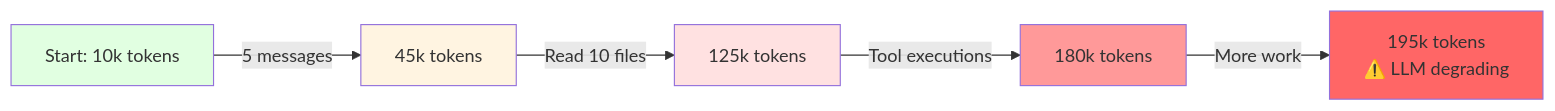
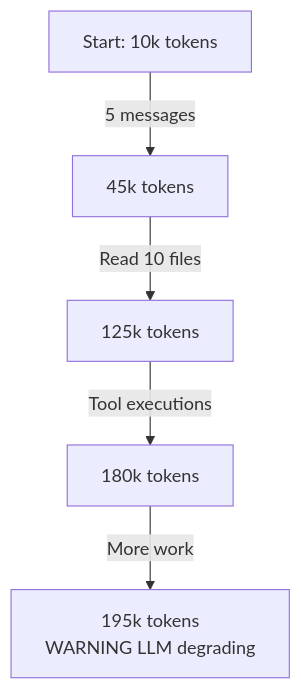
The third of 3 diagrams in docs/02_context.md (uz0/llm), drawn with Mermaid before and after one commit. The commit also changed other lines of this file and 41 other files, not shown here.

Commit message:
Comprehensive Fixes: Dark Theme, Mermaid Support & Analytics (#1, #8, #9) (#10)

````diff
--- a/docs/02_context.md
+++ b/docs/02_context.md
@@ -276,13 +282,7 @@
 ```mermaid
-graph LR
+graph TD
     A["Start: 10k tokens"] -->|5 messages| B["45k tokens"]
     B -->|Read 10 files| C["125k tokens"]
     C -->|Tool executions| D["180k tokens"]
-    D -->|More work| E["195k tokens<br/>⚠️ LLM degrading"]
-
-    style A fill:#e1ffe1
-    style B fill:#fff4e1
-    style C fill:#ffe1e1
-    style D fill:#ff9999
-    style E fill:#ff6666
+    D -->|More work| E["195k tokens<br/>WARNING LLM degrading"]
 ```
````
